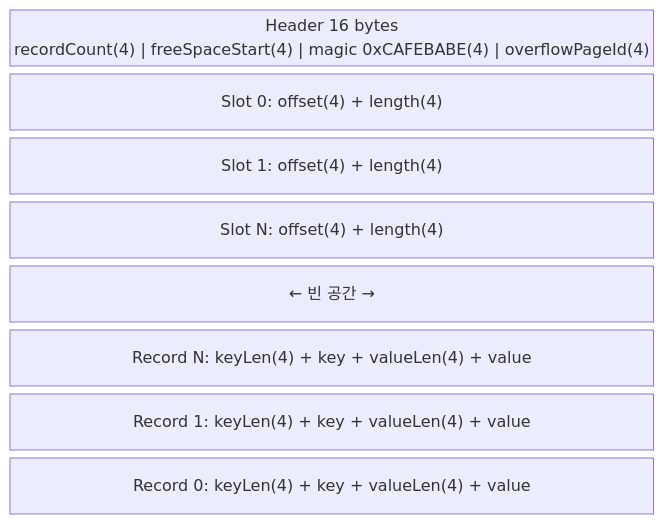
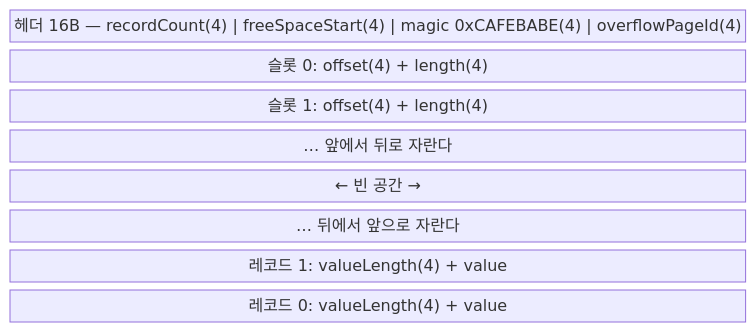
One commit to YOUHEETAE/java-disk-kv-engine changed the sixth of 7 diagrams in docs/ARCHITECTURE.md. Above: the diagram before and after it, drawn with Mermaid. The commit also changed other lines of this file, not shown here.

First line of the commit message:
docs(architecture): redraw diagrams to match the current engine

````diff
--- a/docs/ARCHITECTURE.md
+++ b/docs/ARCHITECTURE.md
@@ -203,12 +245,12 @@
 ```mermaid
 block-beta
     columns 1
-    A["Header 16 bytes\nrecordCount(4) | freeSpaceStart(4) | magic 0xCAFEBABE(4) | overflowPageId(4)"]
-    B["Slot 0: offset(4) + length(4)"]
-    C["Slot 1: offset(4) + length(4)"]
-    D["Slot N: offset(4) + length(4)"]
+    A["헤더 16B — recordCount(4) | freeSpaceStart(4) | magic 0xCAFEBABE(4) | overflowPageId(4)"]
+    B["슬롯 0: offset(4) + length(4)"]
+    C["슬롯 1: offset(4) + length(4)"]
+    D["… 앞에서 뒤로 자란다"]
     E["← 빈 공간 →"]
-    F["Record N: keyLen(4) + key + valueLen(4) + value"]
-    G["Record 1: keyLen(4) + key + valueLen(4) + value"]
-    H["Record 0: keyLen(4) + key + valueLen(4) + value"]
+    F["… 뒤에서 앞으로 자란다"]
+    G["레코드 1: valueLength(4) + value"]
+    H["레코드 0: valueLength(4) + value"]
 ```
````
